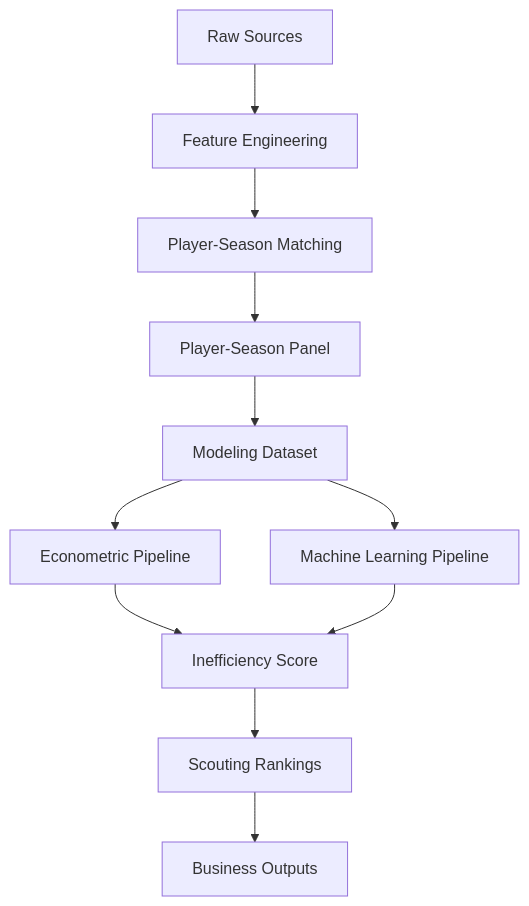
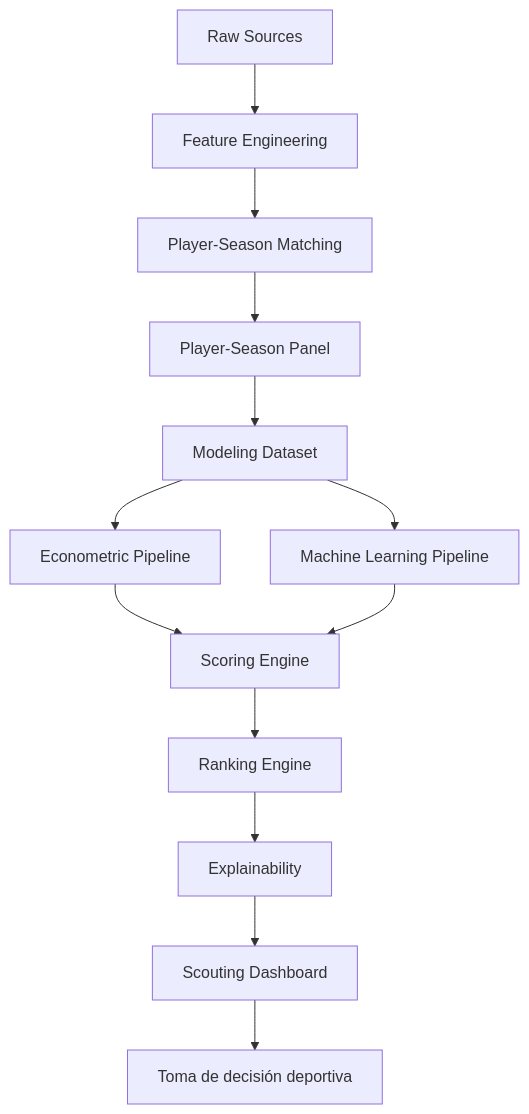
Before and after one commit to manuelpeba/market-value-football-tfm: the diagram in README.md, drawn with Mermaid. The commit also changed other lines of this file and 11 other files, not shown here.

Commit message:
feat: add Sprint 7 scouting dashboard and decision support layer

````diff
--- a/README.md
+++ b/README.md
@@ -512,22 +514,19 @@
 ``` mermaid
 flowchart TD
 
 A[Raw Sources] --> B[Feature Engineering]
-
 B --> C[Player-Season Matching]
-
 C --> D[Player-Season Panel]
-
 D --> E[Modeling Dataset]
 
 E --> F[Econometric Pipeline]
-
 E --> G[Machine Learning Pipeline]
 
-F --> H[Inefficiency Score]
+F --> H[Scoring Engine]
 G --> H
 
-H --> I[Scouting Rankings]
-
-I --> J[Business Outputs]
+H --> I[Ranking Engine]
+I --> J[Explainability]
+J --> K[Scouting Dashboard]
+K --> L[Toma de decisión deportiva]
 ```
````
